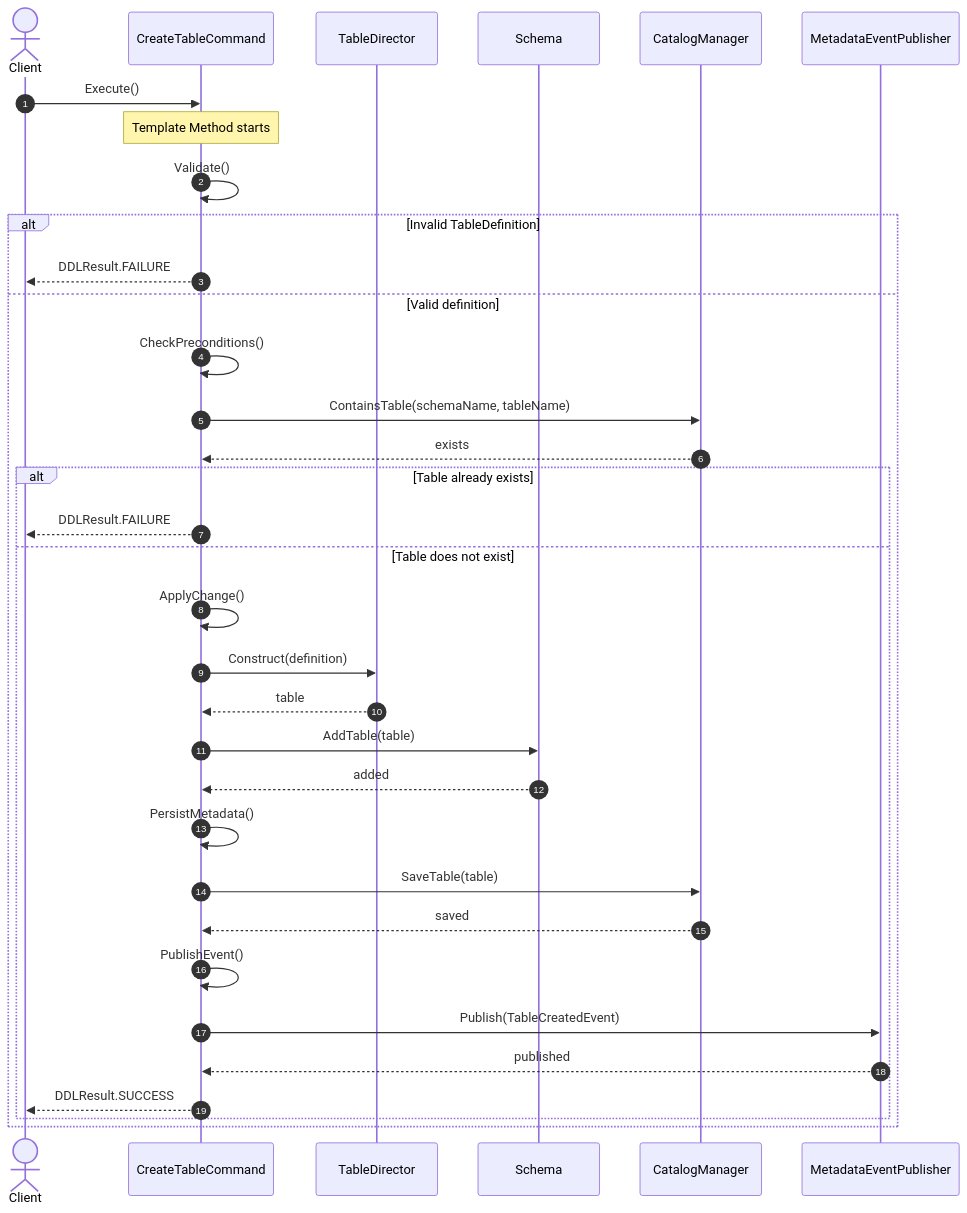
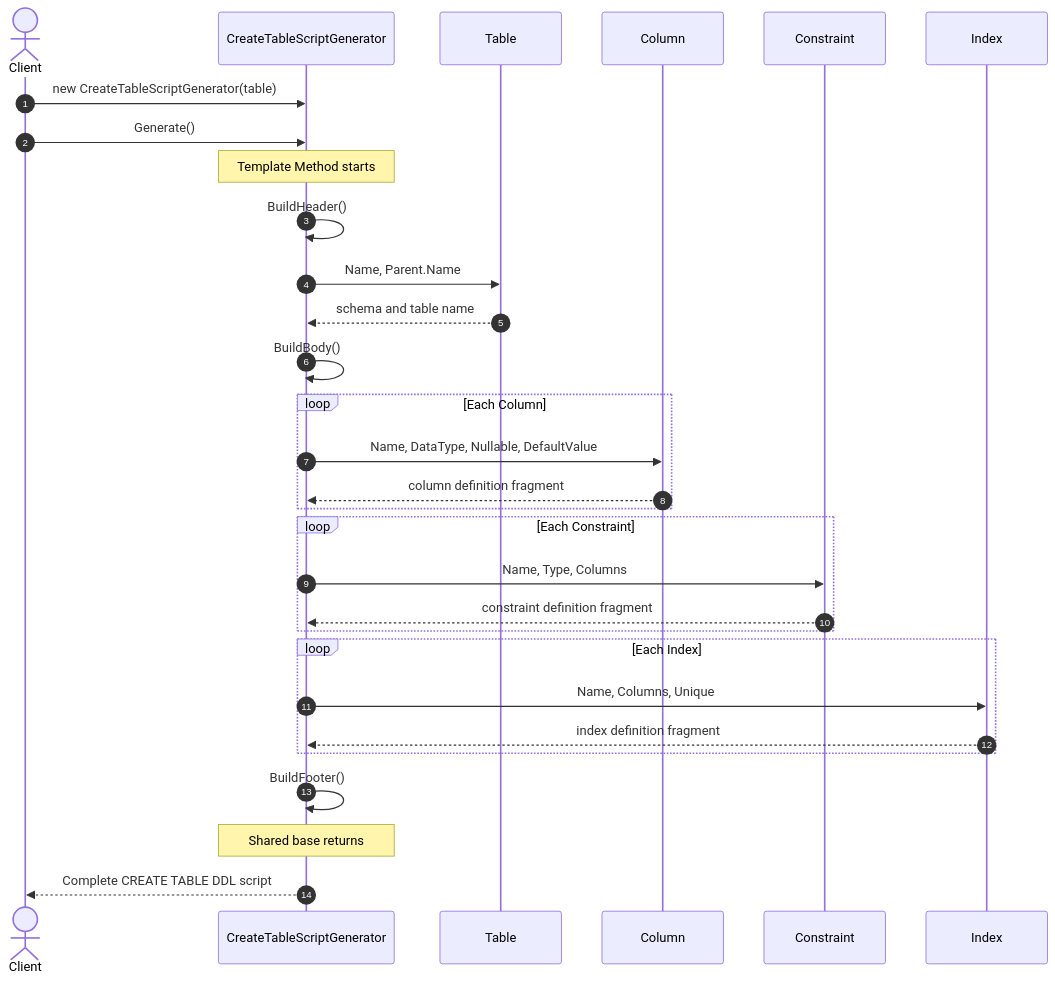
Before and after one commit to Hagiakhanh/bbv-dbms: diagram 37 of 45 in docs/design-patterns/README.md, drawn with Mermaid. The commit also changed other lines of this file and 13 other files, not shown here.

Commit message:
refactor: implement template method pattern for DDL script generation

````diff
--- a/docs/design-patterns/README.md
+++ b/docs/design-patterns/README.md
@@ -4128,47 +4187,42 @@
 ```mermaid
 sequenceDiagram
     autonumber
 
     actor Client
-    participant Command as CreateTableCommand
-    participant Director as TableDirector
-    participant Schema as Schema
-    participant Catalog as CatalogManager
-    participant Publisher as MetadataEventPublisher
+    participant Generator as CreateTableScriptGenerator
+    participant Table
+    participant Column
+    participant Constraint
+    participant Index
 
-    Client->>Command: Execute()
+    Client->>Generator: new CreateTableScriptGenerator(table)
+    Client->>Generator: Generate()
 
-    Note over Command: Template Method starts
+    Note over Generator: Template Method starts
 
-    Command->>Command: Validate()
+    Generator->>Generator: BuildHeader()
+    Generator->>Table: Name, Parent.Name
+    Table-->>Generator: schema and table name
 
-    alt Invalid TableDefinition
-        Command-->>Client: DDLResult.FAILURE
-    else Valid definition
-        Command->>Command: CheckPreconditions()
-        Command->>Catalog: ContainsTable(schemaName, tableName)
-        Catalog-->>Command: exists
+    Generator->>Generator: BuildBody()
 
-        alt Table already exists
-            Command-->>Client: DDLResult.FAILURE
-        else Table does not exist
-            Command->>Command: ApplyChange()
+    loop Each Column
+        Generator->>Column: Name, DataType, Nullable, DefaultValue
+        Column-->>Generator: column definition fragment
+    end
 
-            Command->>Director: Construct(definition)
-            Director-->>Command: table
+    loop Each Constraint
+        Generator->>Constraint: Name, Type, Columns
+        Constraint-->>Generator: constraint definition fragment
+    end
 
-            Command->>Schema: AddTable(table)
-            Schema-->>Command: added
+    loop Each Index
+        Generator->>Index: Name, Columns, Unique
+        Index-->>Generator: index definition fragment
+    end
 
-            Command->>Command: PersistMetadata()
-            Command->>Catalog: SaveTable(table)
-            Catalog-->>Command: saved
+    Generator->>Generator: BuildFooter()
+    Note over Generator: Shared base returns
 
-            Command->>Command: PublishEvent()
-            Command->>Publisher: Publish(TableCreatedEvent)
-            Publisher-->>Command: published
-
-            Command-->>Client: DDLResult.SUCCESS
-        end
-    end
+    Generator-->>Client: Complete CREATE TABLE DDL script
 ```
````
